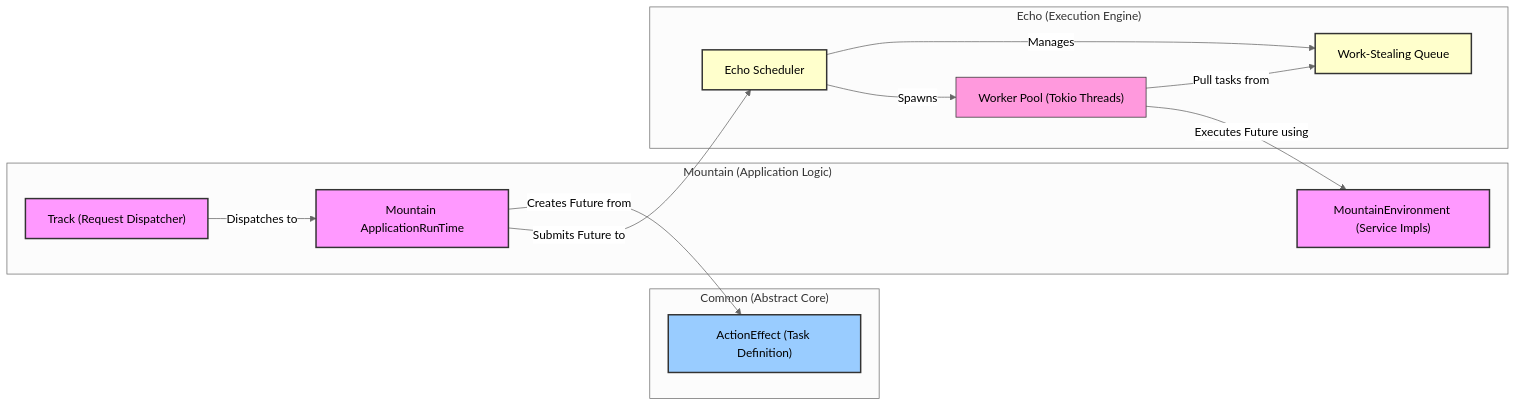
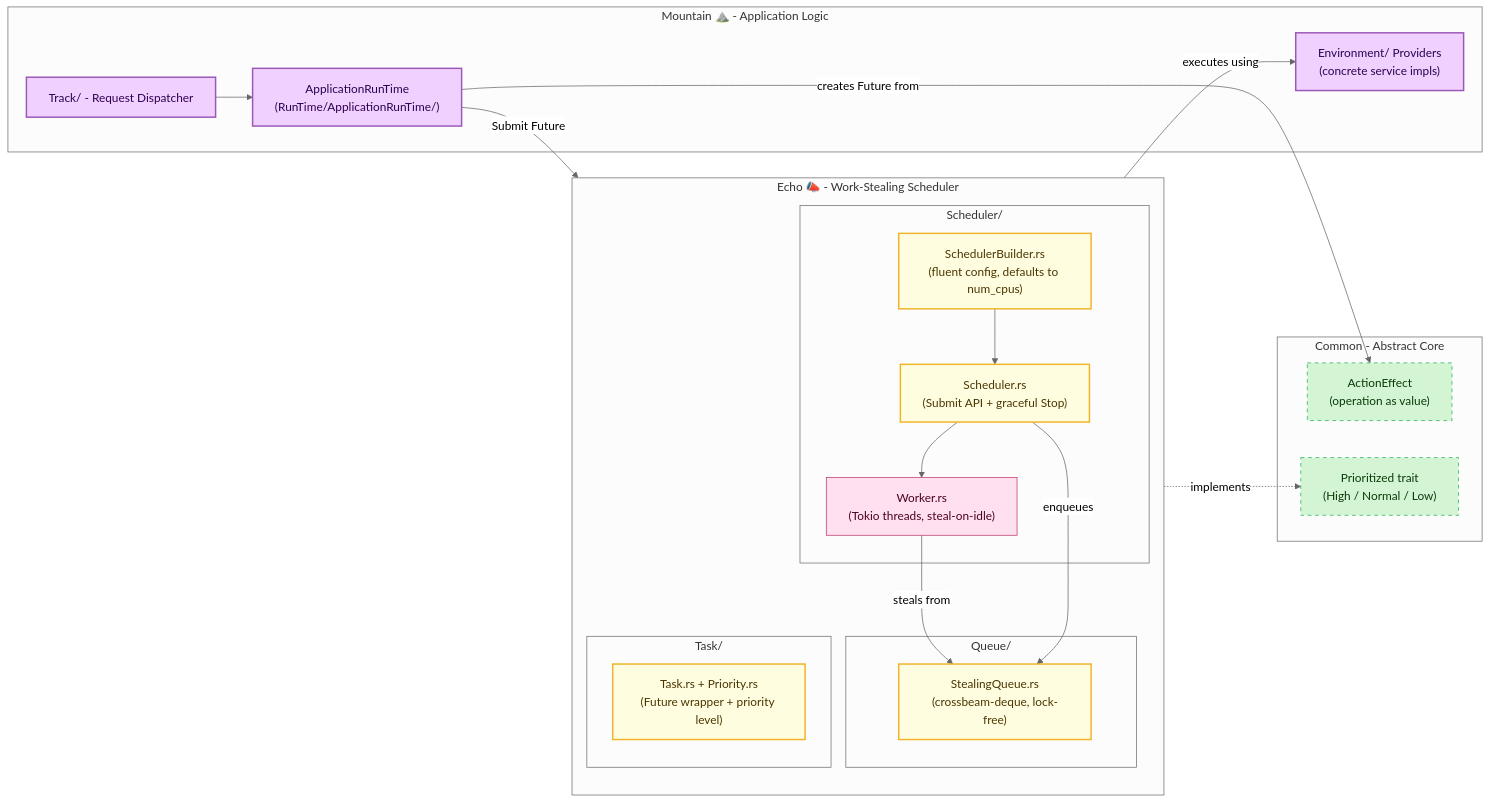
Before and after one commit to CodeEditorLand/Echo: the diagram in README.md, drawn with Mermaid (neutral theme).

Commit message:
docs(Echo): Detail work-stealing architecture in Mermaid diagram
Replace the abstract three-box architecture diagram with a granular breakdown of Echo's internal modules — Scheduler/, Queue/, Task/ — each referencing concrete Rust source files (SchedulerBuilder.rs, Scheduler.rs, Worker.rs, StealingQueue.rs, Task.rs, Priority.rs).

The revised diagram traces the full task lifecycle: Common defines ActionEffect and the Prioritized trait, Mountain dispatches via Track through ApplicationRunTime, Echo's SchedulerCore enqueues into the lock-free StealingQueue, and idle WorkerPool threads steal tasks before executing against Mountain's Environment providers. The nested subgraph layout and color-coded class definitions make the architecture scannable at a glance.

This aligns the README with the actual codebase structure now present under Documentation/Rust/.

````diff
--- a/README.md
+++ b/README.md
@@ -149,32 +149,44 @@
 ```mermaid
 graph LR
-    classDef common fill:#9cf,stroke:#333,stroke-width:2px;
-    classDef mountain fill:#f9f,stroke:#333,stroke-width:2px;
-    classDef echo fill:#ffc,stroke:#333,stroke-width:2px;
-    classDef rust fill:#f9d,stroke:#333,stroke-width:1px;
+    classDef common   fill:#d4f5d4,stroke:#27ae60,stroke-width:1px,stroke-dasharray:5 5,color:#0a3a0a;
+    classDef mountain fill:#f0d0ff,stroke:#9b59b6,stroke-width:2px,color:#2c0050;
+    classDef echo     fill:#fffde0,stroke:#f0b429,stroke-width:2px,color:#4a3500;
+    classDef worker   fill:#ffe0f0,stroke:#c0396a,stroke-width:1px,color:#4a0020;
 
-	subgraph "Common (Abstract Core)"
-		ActionEffect["ActionEffect (Task Definition)"]:::common
-	end
+    subgraph COMMON["Common - Abstract Core"]
+        ActionEffect["ActionEffect\n(operation as value)"]:::common
+        Prioritized["Prioritized trait\n(High / Normal / Low)"]:::common
+    end
 
-	subgraph "Mountain (Application Logic)"
-        ApplicationRunTime["Mountain ApplicationRunTime"]:::mountain
-        MountainEnvironment["MountainEnvironment (Service Impls)"]:::mountain
-        Track["Track (Request Dispatcher)"]:::mountain
-	end
+    subgraph MOUNTAIN["Mountain ⛰️ - Application Logic"]
+        Track["Track/ - Request Dispatcher"]:::mountain
+        AppRunTime["ApplicationRunTime\n(RunTime/ApplicationRunTime/)"]:::mountain
+        MountainEnv["Environment/ Providers\n(concrete service impls)"]:::mountain
+        Track --> AppRunTime
+    end
 
-	subgraph "Echo (Execution Engine)"
-		Scheduler["Echo Scheduler"]:::echo
-		WorkStealingQueue["Work-Stealing Queue"]:::echo
-        WorkerPool["Worker Pool (Tokio Threads)"]:::rust
+    subgraph ECHO["Echo 📣 - Work-Stealing Scheduler"]
+        direction TB
+        subgraph SCHEDULER["Scheduler/"]
+            SchedBuilder["SchedulerBuilder.rs\n(fluent config, defaults to num_cpus)"]:::echo
+            SchedCore["Scheduler.rs\n(Submit API + graceful Stop)"]:::echo
+            Workers["Worker.rs\n(Tokio threads, steal-on-idle)"]:::worker
+            SchedBuilder --> SchedCore
+            SchedCore --> Workers
+        end
+        subgraph QUEUE["Queue/"]
+            StealQ["StealingQueue.rs\n(crossbeam-deque, lock-free)"]:::echo
+        end
+        subgraph TASK["Task/"]
+            TaskDef["Task.rs + Priority.rs\n(Future wrapper + priority level)"]:::echo
+        end
 
-        Scheduler -- Manages --> WorkStealingQueue;
-        Scheduler -- Spawns --> WorkerPool;
-        WorkerPool -- Pull tasks from --> WorkStealingQueue;
-	end
+        Workers -- steals from --> StealQ
+        SchedCore -- enqueues --> StealQ
+        TaskDef -.implements.-> Prioritized
+    end
 
-    Track -- Dispatches to --> ApplicationRunTime;
-    ApplicationRunTime -- Creates Future from --> ActionEffect;
-    ApplicationRunTime -- Submits Future to --> Scheduler;
-    WorkerPool -- Executes Future using --> MountainEnvironment;
+    AppRunTime -- creates Future from --> ActionEffect
+    AppRunTime -- Submit Future --> SchedCore
+    Workers -- executes using --> MountainEnv
 ```
````
